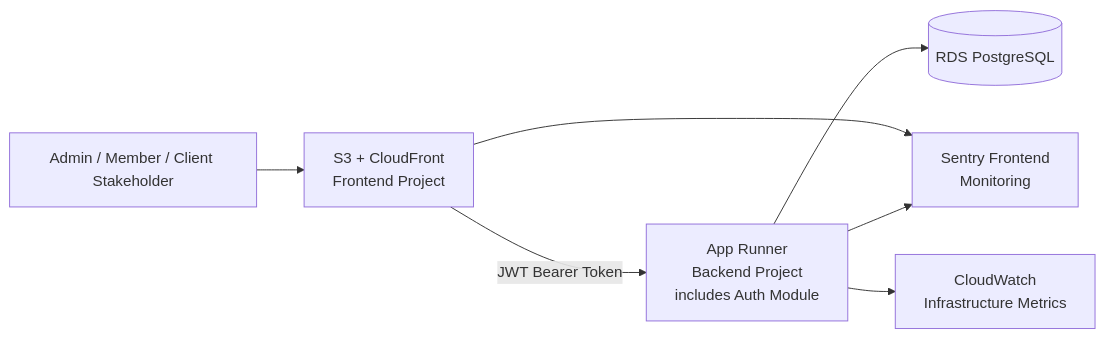
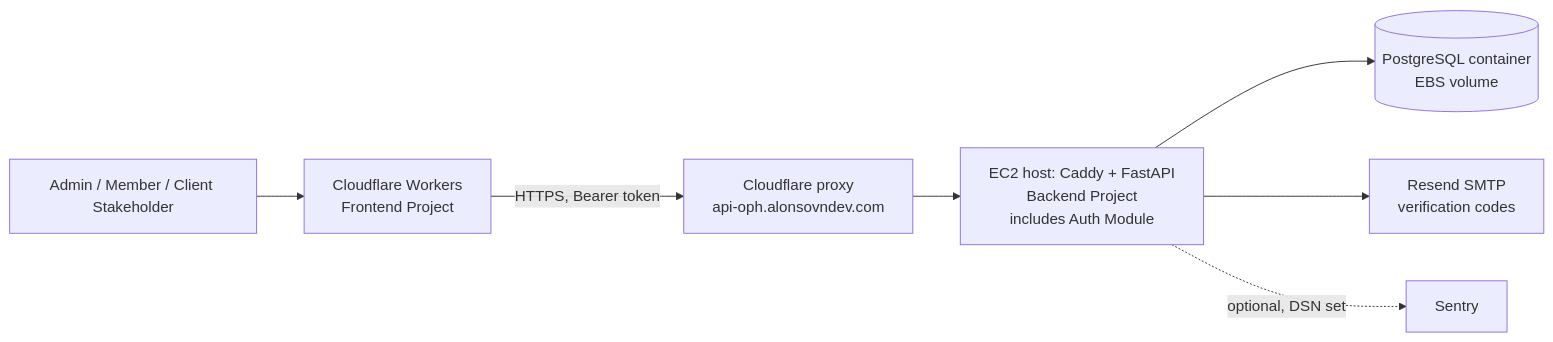
Before and after one commit to alonsovndev/open-projects-hub-docs: the first of 2 diagrams in docs/03-architecture/core/architecture-solution-design.md, drawn with Mermaid. The commit also changed other lines of this file and 14 other files, not shown here.

First line of the commit message:
docs(architecture): describe the deployed Cloudflare and EC2 stack

````diff
--- a/docs/03-architecture/core/architecture-solution-design.md
+++ b/docs/03-architecture/core/architecture-solution-design.md
@@ -69,9 +65,9 @@
 ```mermaid
 flowchart LR
-    U[Admin / Member / Client Stakeholder] --> FE[S3 + CloudFront<br/>Frontend Project]
-    FE -->|JWT Bearer Token| BE[App Runner<br/>Backend Project<br/>includes Auth Module]
-    BE --> DB[(RDS PostgreSQL)]
-    FE --> SEN[Sentry Frontend<br/>Monitoring]
-    BE --> SEN
-    BE --> CW[CloudWatch<br/>Infrastructure Metrics]
+    U[Admin / Member / Client Stakeholder] --> FE[Cloudflare Workers<br/>Frontend Project]
+    FE -->|HTTPS, Bearer token| CF[Cloudflare proxy<br/>api-oph.alonsovndev.com]
+    CF --> BE[EC2 host: Caddy + FastAPI<br/>Backend Project<br/>includes Auth Module]
+    BE --> DB[(PostgreSQL container<br/>EBS volume)]
+    BE --> MAIL[Resend SMTP<br/>verification codes]
+    BE -.->|optional, DSN set| SEN[Sentry]
 ```
````
